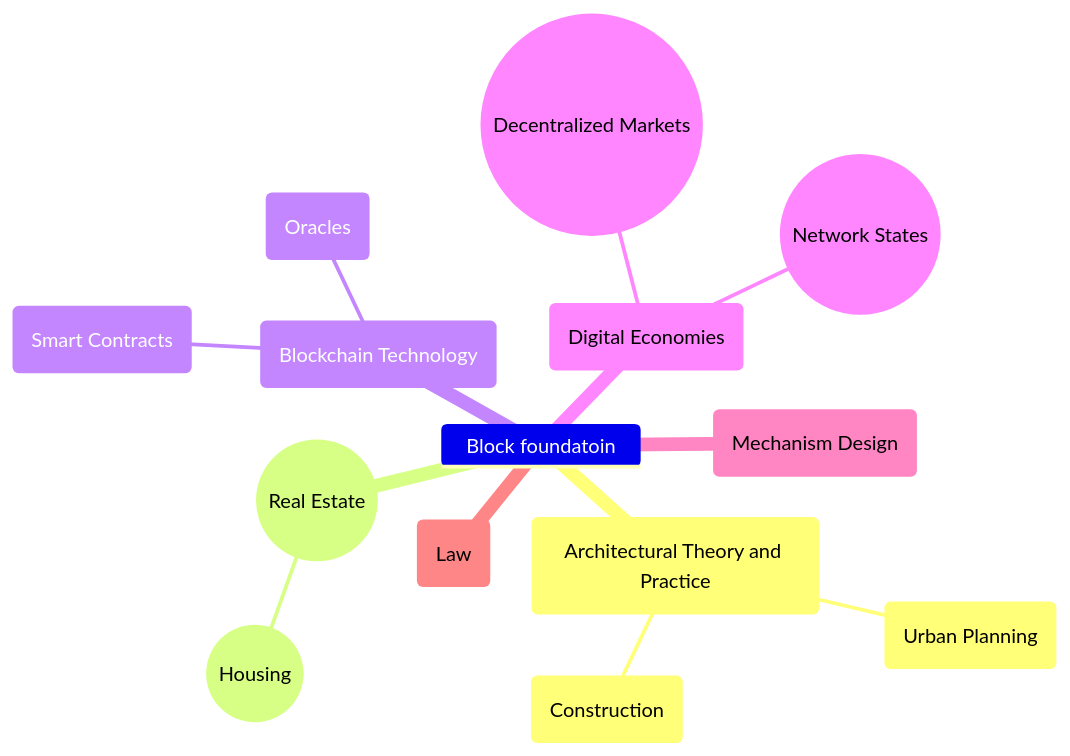
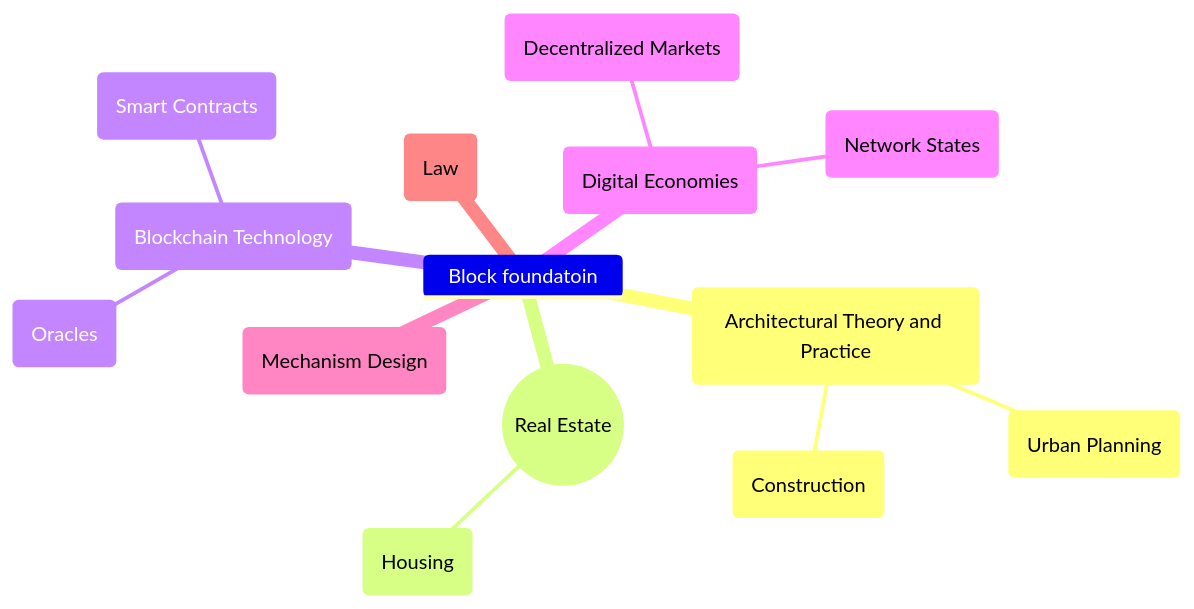
The first of 2 diagrams in README.md (block-foundation/bibliography), drawn with Mermaid before and after one commit. The commit also changed other lines of this file, not shown here.

````diff
--- a/README.md
+++ b/README.md
@@ -64,18 +66,18 @@
 ``` mermaid
 mindmap
 Block foundatoin
     id(Architectural Theory and Practice)
       id(Urban Planning)
       id(Construction)
     id((Real Estate)
-      id((Housing)
+      id(Housing)
     id(Blockchain Technology)
       id(Smart Contracts)
       id(Oracles)
     id(Digital Economies)
-      id((Decentralized Markets)
-      id((Network States)
+      id(Decentralized Markets)
+      id(Network States)
     id(Mechanism Design)
     id(Law)
 
 ```
````
